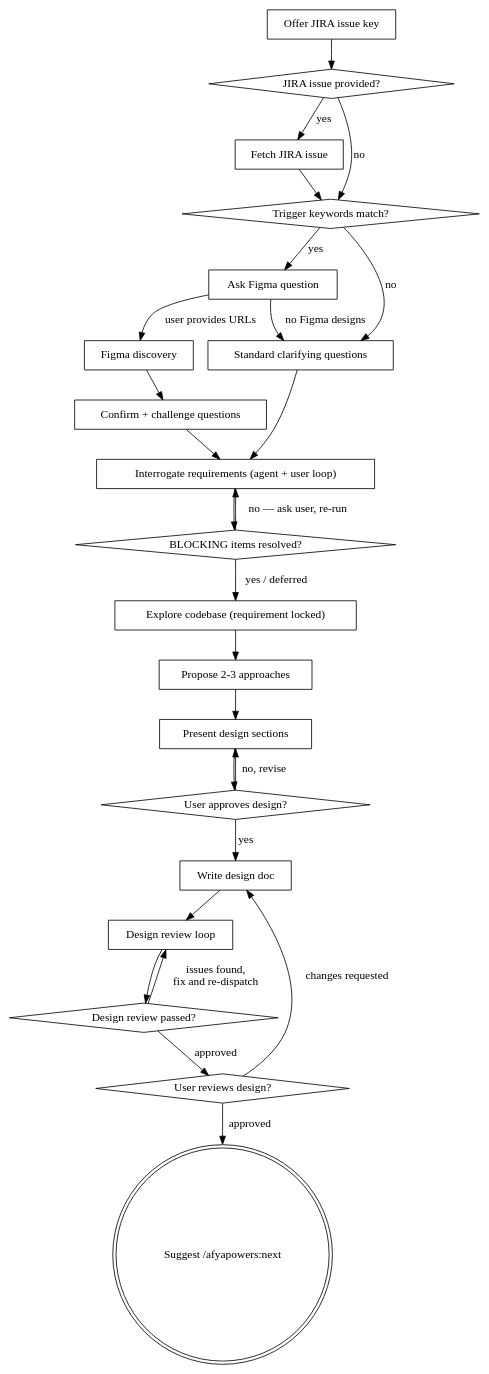
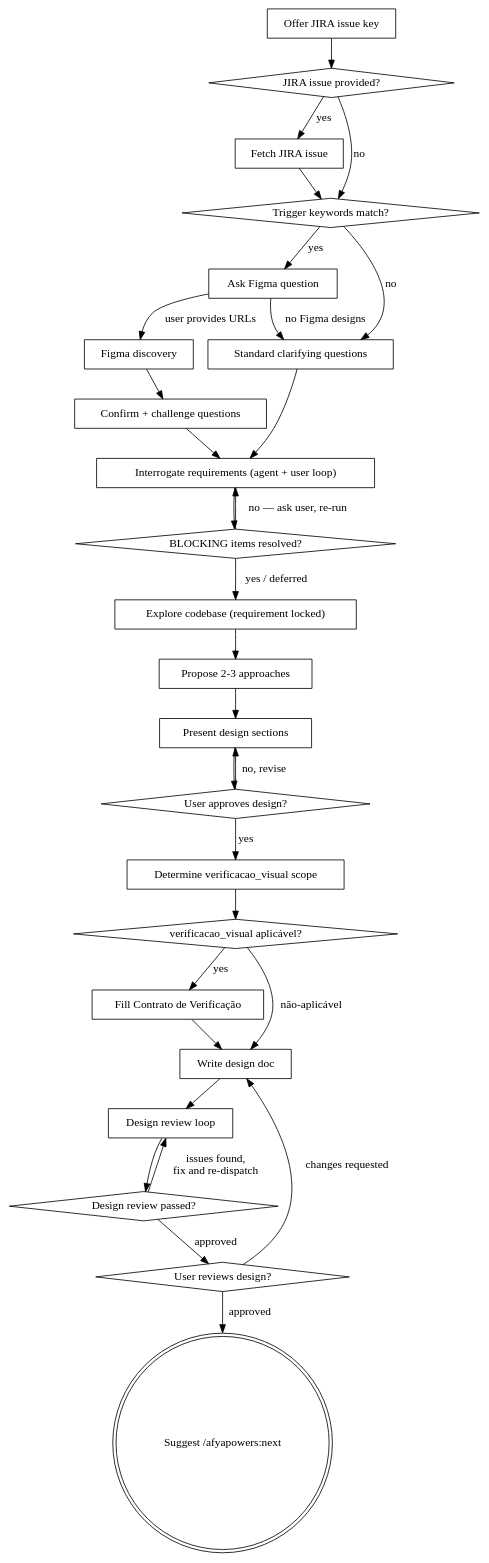
Before and after one commit to iclinic/afyapowers: the diagram in src/skills/design/SKILL.md, drawn with Graphviz. The commit also changed other lines of this file, not shown here.

Commit message:
feat: set verificacao_visual flag and fill verification contract in design phase

````diff
--- a/src/skills/design/SKILL.md
+++ b/src/skills/design/SKILL.md
@@ -61,49 +62,56 @@
 ```dot
 digraph design {
     "Offer JIRA issue key" [shape=box];
     "JIRA issue provided?" [shape=diamond];
     "Fetch JIRA issue" [shape=box];
     "Trigger keywords match?" [shape=diamond];
     "Ask Figma question" [shape=box];
     "Figma discovery" [shape=box];
     "Confirm + challenge questions" [shape=box];
     "Standard clarifying questions" [shape=box];
     "Interrogate requirements (agent + user loop)" [shape=box];
     "BLOCKING items resolved?" [shape=diamond];
     "Explore codebase (requirement locked)" [shape=box];
     "Propose 2-3 approaches" [shape=box];
     "Present design sections" [shape=box];
     "User approves design?" [shape=diamond];
+    "Determine verificacao_visual scope" [shape=box];
+    "verificacao_visual aplicável?" [shape=diamond];
+    "Fill Contrato de Verificação" [shape=box];
     "Write design doc" [shape=box];
     "Design review loop" [shape=box];
     "Design review passed?" [shape=diamond];
     "User reviews design?" [shape=diamond];
     "Suggest /afyapowers:next" [shape=doublecircle];
 
     "Offer JIRA issue key" -> "JIRA issue provided?";
     "JIRA issue provided?" -> "Fetch JIRA issue" [label="yes"];
     "JIRA issue provided?" -> "Trigger keywords match?" [label="no"];
     "Fetch JIRA issue" -> "Trigger keywords match?";
     "Trigger keywords match?" -> "Ask Figma question" [label="yes"];
     "Trigger keywords match?" -> "Standard clarifying questions" [label="no"];
     "Ask Figma question" -> "Figma discovery" [label="user provides URLs"];
     "Ask Figma question" -> "Standard clarifying questions" [label="no Figma designs"];
     "Figma discovery" -> "Confirm + challenge questions";
     "Confirm + challenge questions" -> "Interrogate requirements (agent + user loop)";
     "Standard clarifying questions" -> "Interrogate requirements (agent + user loop)";
     "Interrogate requirements (agent + user loop)" -> "BLOCKING items resolved?";
     "BLOCKING items resolved?" -> "Interrogate requirements (agent + user loop)" [label="no — ask user, re-run"];
     "BLOCKING items resolved?" -> "Explore codebase (requirement locked)" [label="yes / deferred"];
     "Explore codebase (requirement locked)" -> "Propose 2-3 approaches";
     "Propose 2-3 approaches" -> "Present design sections";
     "Present design sections" -> "User approves design?";
     "User approves design?" -> "Present design sections" [label="no, revise"];
-    "User approves design?" -> "Write design doc" [label="yes"];
+    "User approves design?" -> "Determine verificacao_visual scope" [label="yes"];
+    "Determine verificacao_visual scope" -> "verificacao_visual aplicável?";
+    "verificacao_visual aplicável?" -> "Fill Contrato de Verificação" [label="yes"];
+    "verificacao_visual aplicável?" -> "Write design doc" [label="não-aplicável"];
+    "Fill Contrato de Verificação" -> "Write design doc";
     "Write design doc" -> "Design review loop";
     "Design review loop" -> "Design review passed?";
     "Design review passed?" -> "Design review loop" [label="issues found,\nfix and re-dispatch"];
     "Design review passed?" -> "User reviews design?" [label="approved"];
     "User reviews design?" -> "Write design doc" [label="changes requested"];
     "User reviews design?" -> "Suggest /afyapowers:next" [label="approved"];
 }
 ```
````
